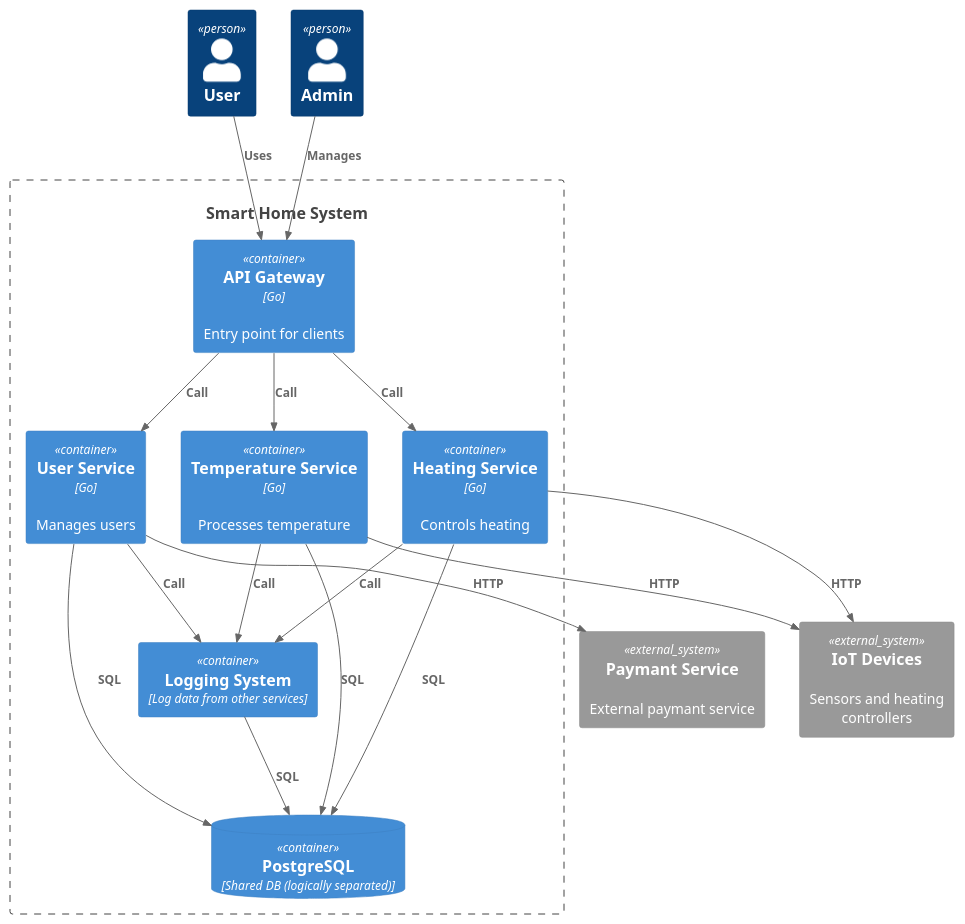
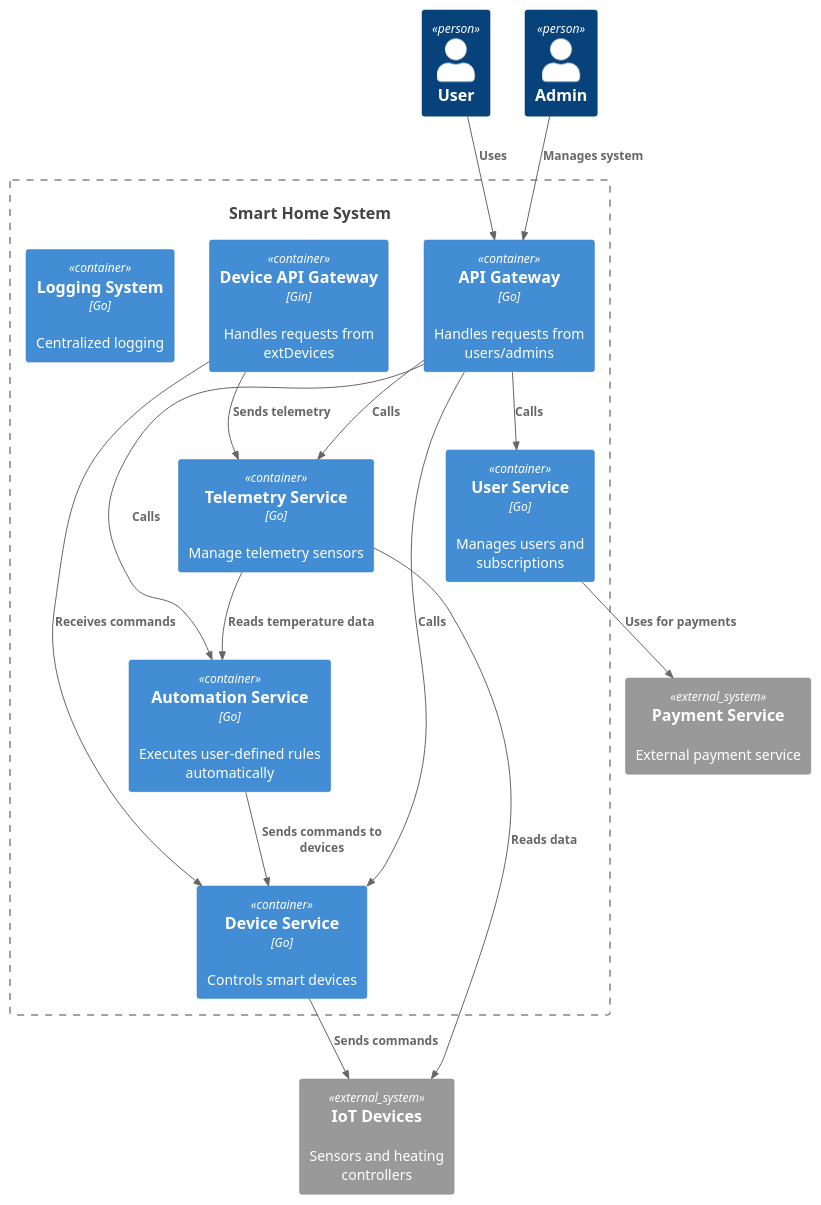
The diagram in apps/temperature-api/diagrams/Container_C4.puml (Moulten/architecture-warmhouse), drawn with PlantUML before and after one commit. The commit also changed 12 other files, not shown here.

Commit message:
Update ToBe C4 Diagramm

```diff
--- a/apps/temperature-api/diagrams/Container_C4.puml
+++ b/apps/temperature-api/diagrams/Container_C4.puml
@@ -1,45 +1,48 @@
 @startuml
-top to bottom direction
-
 !include https://raw.githubusercontent.com/plantuml-stdlib/C4-PlantUML/master/C4_Container.puml
 
 Person(user, "User")
 Person(admin, "Admin")
 
 System(system, "Smart Home System")
-
-System_Ext(devices, "IoT Devices", "Sensors and heating controllers")
-System_Ext(PaymantService, "Paymant Service", "External paymant service")
+System_Ext(payment, "Payment Service", "External payment service")
+System_Ext(extDevices, "IoT Devices", "Sensors and heating controllers")
 
 Container_Boundary(system, "Smart Home System") {
-
-    Container(api, "API Gateway", "Go", "Entry point for clients")
-
-    Container(userService, "User Service", "Go", "Manages users")
-    Container(temperatureService, "Temperature Service", "Go", "Processes temperature")
-    Container(heatingService, "Heating Service", "Go", "Controls heating")
-    Container(logging, "Logging System", "Log data from other services")
-    ContainerDb(db, "PostgreSQL", "Shared DB (logically separated)")
+    Container(api, "API Gateway", "Go", "Handles requests from users/admins")
+    Container(deviceAPI, "Device API Gateway", "Gin", "Handles requests from extDevices")
+    Container(userService, "User Service", "Go", "Manages users and subscriptions")
+    Container(automationService, "Automation Service", "Go", "Executes user-defined rules automatically")
+    Container(deviceService, "Device Service", "Go", "Controls smart devices")
+    Container(telemetry, "Telemetry Service", "Go", "Manage telemetry sensors")
+    Container(logging, "Logging System", "Go", "Centralized logging")
+    ' ContainerDb(db, "PostgreSQL", "Stores user, device, and telemetry data")
 }
 
 Rel(user, api, "Uses")
-Rel(admin, api, "Manages")
+Rel(admin, api, "Manages system")
 
-Rel(api, userService, "Call")
-Rel(api, temperatureService, "Call")
-Rel(api, heatingService, "Call")
+Rel(api, userService, "Calls")
+Rel(api, telemetry, "Calls")
+Rel(api, deviceService, "Calls")
+Rel(api, automationService, "Calls")
 
-Rel(userService, db, "SQL")
-Rel(temperatureService, db, "SQL")
-Rel(heatingService, db, "SQL")
-Rel(logging, db, "SQL")
+' Device API к сервисам
+Rel(deviceAPI, telemetry, "Sends telemetry")
+Rel(deviceAPI, deviceService, "Receives commands")
 
-Rel(userService, logging, "Call")
-Rel(temperatureService, logging, "Call")
-Rel(heatingService, logging, "Call")
+' Автоматизация
+Rel(automationService, deviceService, "Sends commands to devices")
+Rel(telemetry, automationService, "Reads temperature data") 
 
-Rel(temperatureService, devices, "HTTP")
-Rel(heatingService, devices, "HTTP")
-Rel(userService, PaymantService, "HTTP")
+' Сервисы к БД
+' Rel(userService, db, "Reads/Writes")
+' Rel(telemetry, db, "Reads/Writes")
+' Rel(deviceService, db, "Reads/Writes")
+' Rel(logging, db, "Stores logs")
 
+' Сервисы к внешним системам
+Rel(userService, payment, "Uses for payments")
+Rel(telemetry, extDevices, "Reads data")
+Rel(deviceService, extDevices, "Sends commands")
 @enduml
```
